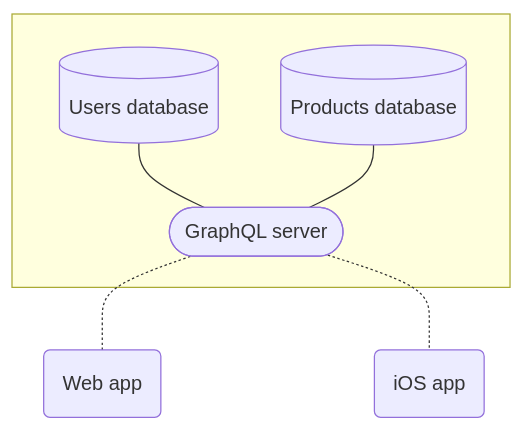
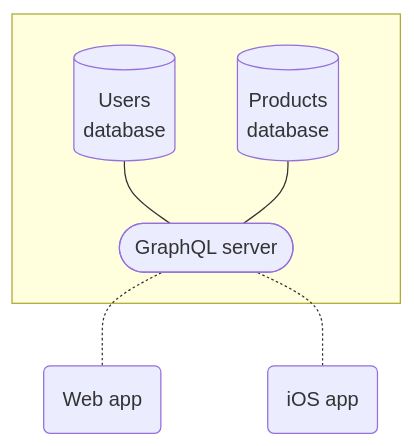
Before and after one commit to apollographql/apollo: the first of 2 diagrams in docs/source/intro/platform.md, drawn with Mermaid. The commit also changed other lines of this file and 7 other files, not shown here.

````diff
--- a/docs/source/intro/platform.md
+++ b/docs/source/intro/platform.md
@@ -97,13 +97,13 @@
 ```mermaid
 graph TB
   subgraph " "
-  userdb[(Users database)];
-  productdb[(Products database)];
+  userdb[(Users<br/>database)];
+  productdb[(Products<br/>database)];
   monolith([GraphQL server]);
   end
   userdb & productdb --- monolith;
   webapp(Web app);
   iosapp(iOS app);
   monolith -.- webapp & iosapp ;
   class webapp,iosapp secondary;
 ```
````
